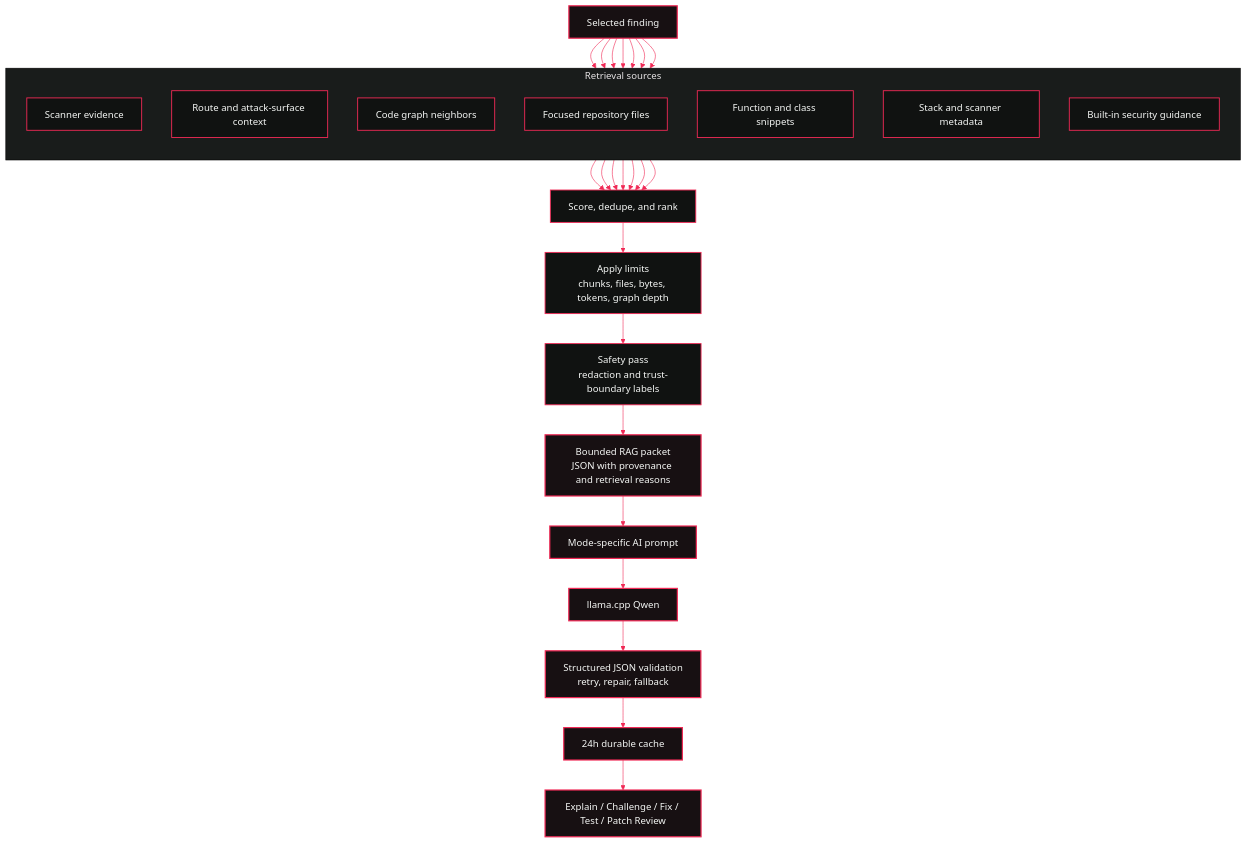
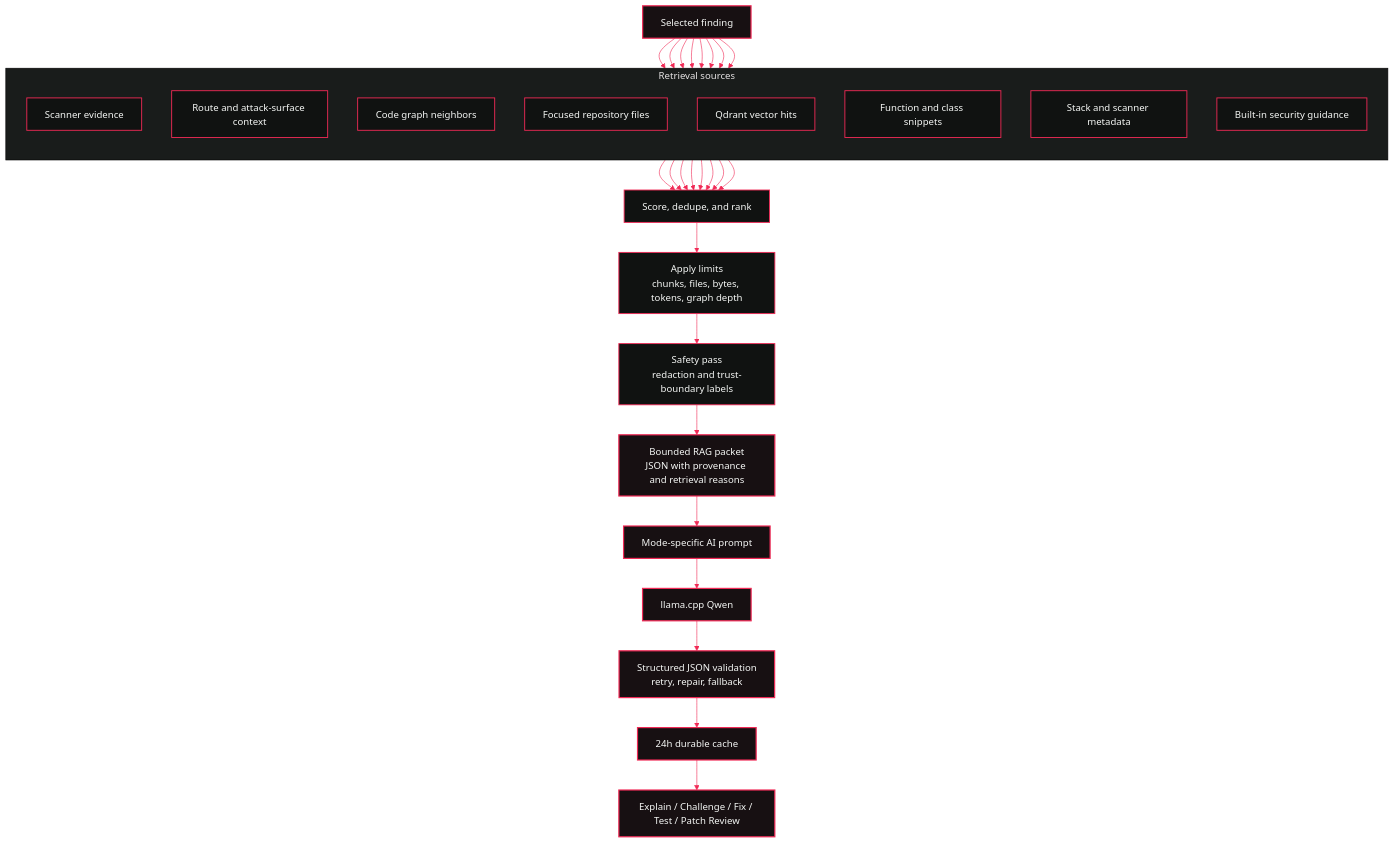
Before and after one commit to muneeb-anjum0/NOPE: the second of 3 diagrams in README.md, drawn with Mermaid. The commit also changed other lines of this file and 24 other files, not shown here.

````diff
--- a/README.md
+++ b/README.md
@@ -197,60 +203,63 @@
 ```mermaid
 %%{init: {
   "theme": "base",
   "themeVariables": {
     "background": "#08090a",
     "primaryColor": "#101211",
     "primaryTextColor": "#f5f7f5",
     "primaryBorderColor": "#f02a56",
     "lineColor": "#f02a56",
     "secondaryColor": "#141716",
     "tertiaryColor": "#191c1b",
     "fontFamily": "Inter, Segoe UI, sans-serif"
   }
 }}%%
 flowchart TB
   finding["Selected finding"]
 
   subgraph sources["Retrieval sources"]
     direction TB
     scanner["Scanner evidence"]
     route["Route and attack-surface context"]
     codeGraph["Code graph neighbors"]
     repo["Focused repository files"]
+    vectors["Qdrant vector hits"]
     symbols["Function and class snippets"]
     stack["Stack and scanner metadata"]
     guidance["Built-in security guidance"]
   end
 
   score["Score, dedupe, and rank"]
   limits["Apply limits<br/>chunks, files, bytes, tokens, graph depth"]
   safety["Safety pass<br/>redaction and trust-boundary labels"]
   packet["Bounded RAG packet<br/>JSON with provenance and retrieval reasons"]
   prompt["Mode-specific AI prompt"]
   qwen["llama.cpp Qwen"]
   validate["Structured JSON validation<br/>retry, repair, fallback"]
   cache["24h durable cache"]
   result["Explain / Challenge / Fix / Test / Patch Review"]
 
   finding --> scanner
   finding --> route
   finding --> codeGraph
   finding --> repo
+  finding --> vectors
   finding --> symbols
   finding --> stack
   finding --> guidance
 
   scanner --> score
   route --> score
   codeGraph --> score
   repo --> score
+  vectors --> score
   symbols --> score
   stack --> score
   guidance --> score
   score --> limits --> safety --> packet --> prompt --> qwen --> validate --> cache --> result
 
   classDef ragNode fill:#101211,stroke:#f02a56,stroke-width:1.5px,color:#f5f7f5;
   classDef important fill:#171012,stroke:#f02a56,stroke-width:2px,color:#f5f7f5;
   class finding,packet,prompt,qwen,validate,cache,result important;
-  class scanner,route,codeGraph,repo,symbols,stack,guidance,score,limits,safety ragNode;
+  class scanner,route,codeGraph,repo,vectors,symbols,stack,guidance,score,limits,safety ragNode;
 ```
````
